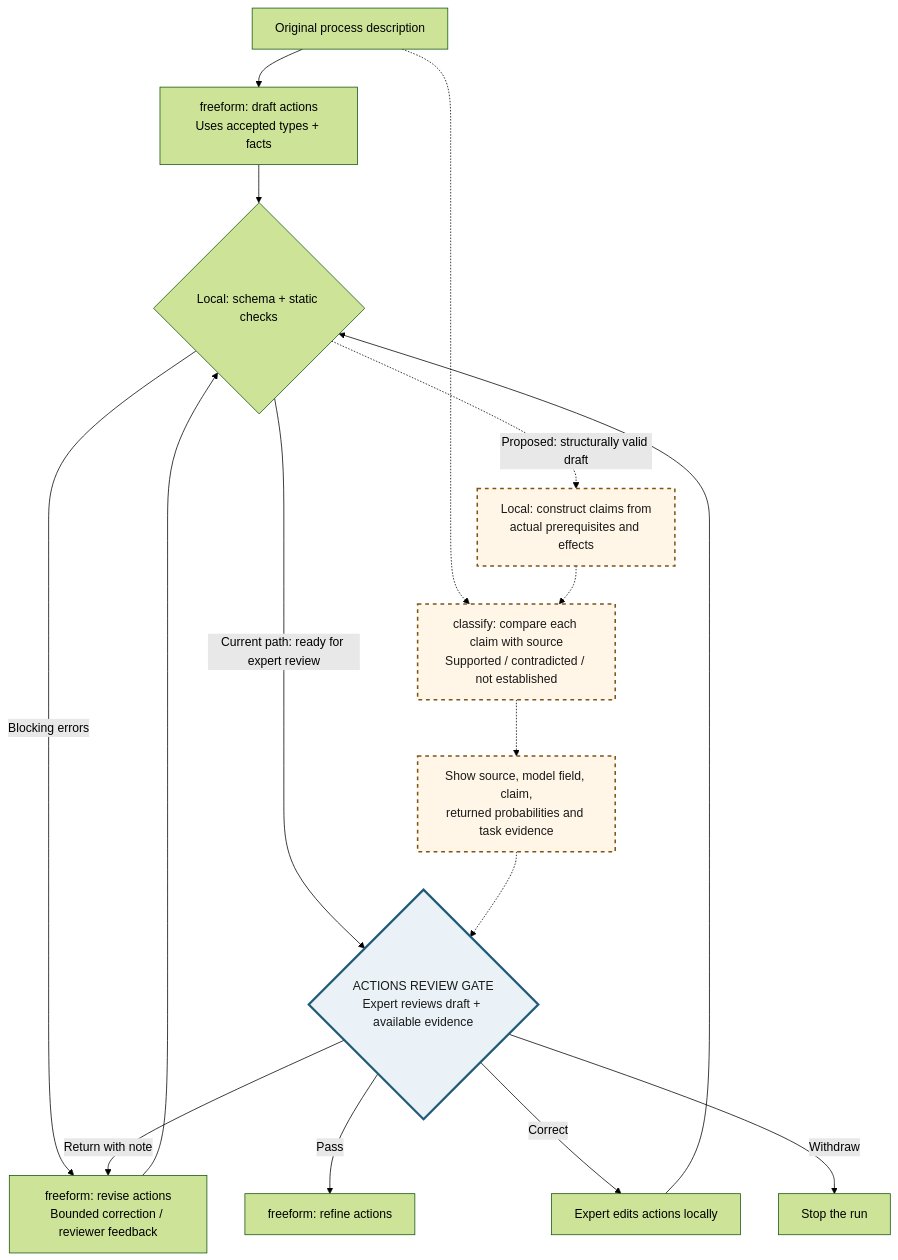
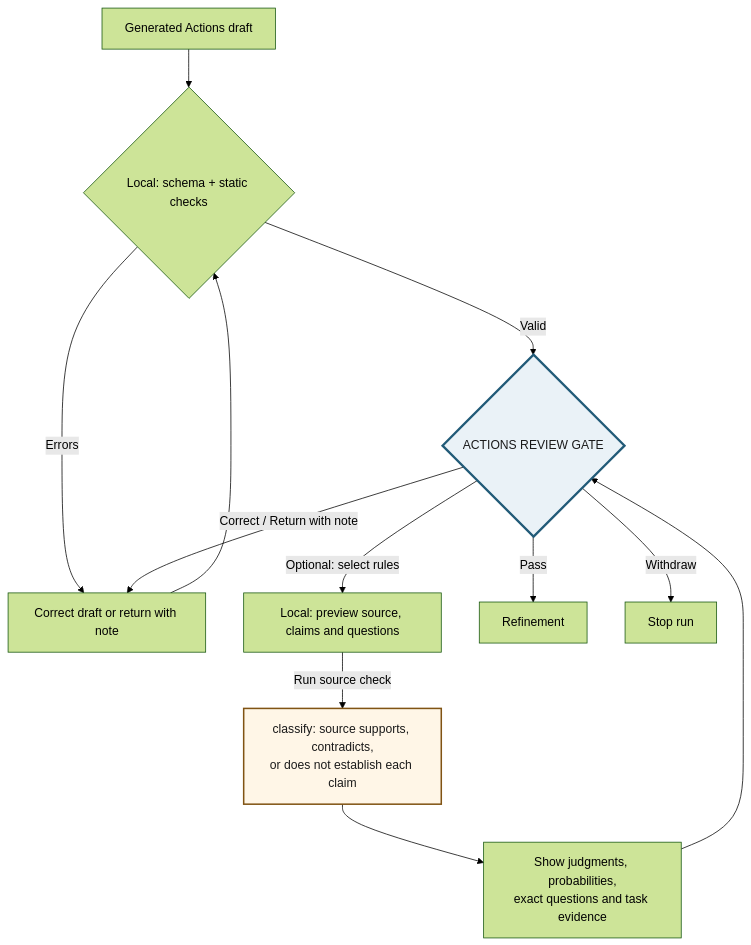
The second of 3 diagrams in README.md (getlarge/moltnet-pddl-designer), drawn with Mermaid (forest theme) before and after one commit. The commit also changed other lines of this file and 19 other files, not shown here.

First line of the commit message:
feat(ui): review action rules against the process description

````diff
--- a/README.md
+++ b/README.md
@@ -87,25 +89,18 @@
 ```mermaid
 flowchart TD
-    Source["Original process description"] --> Generate["freeform: draft actions<br/>Uses accepted types + facts"]
-    Generate --> Check{"Local: schema + static checks"}
-    Check -->|Blocking errors| CorrectTask["freeform: revise actions<br/>Bounded correction / reviewer feedback"]
-    CorrectTask --> Check
-    Check -->|Current path: ready for expert review| Gate{"ACTIONS REVIEW GATE<br/>Expert reviews draft + available evidence"}
-
-    Check -.->|Proposed: structurally valid draft| Claims["Local: construct claims from<br/>actual prerequisites and effects"]
-    Source -.-> Assess
-    Claims -.-> Assess["classify: compare each claim with source<br/>Supported / contradicted / not established"]
-    Assess -.-> Evidence["Show source, model field, claim,<br/>returned probabilities and task evidence"]
-    Evidence -.-> Gate
-
-    Gate -->|Pass| Refine["freeform: refine actions"]
-    Gate -->|Correct| Edit["Expert edits actions locally"]
-    Edit --> Check
-    Gate -->|Return with note| CorrectTask
-    Gate -->|Withdraw| Stop["Stop the run"]
-
+    Draft["Generated Actions draft"] --> Check{"Local: schema + static checks"}
+    Check -->|Errors| Correct["Correct draft or return with note"]
+    Correct --> Check
+    Check -->|Valid| Gate{"ACTIONS REVIEW GATE"}
+    Gate -->|Optional: select rules| Preview["Local: preview source, claims and questions"]
+    Preview -->|Run source check| Assess["classify: source supports, contradicts,<br/>or does not establish each claim"]
+    Assess --> Evidence["Show judgments, probabilities,<br/>exact questions and task evidence"]
+    Evidence --> Gate
+    Gate -->|Correct / Return with note| Correct
+    Gate -->|Pass| Refine["Refinement"]
+    Gate -->|Withdraw| Stop["Stop run"]
     classDef gate fill:#eaf2f7,stroke:#225b78,stroke-width:3px,color:#1a1a1a
-    classDef proposed fill:#fff6e7,stroke:#805313,stroke-width:2px,stroke-dasharray:5 5,color:#1a1a1a
+    classDef decision fill:#fff6e7,stroke:#805313,stroke-width:2px,color:#1a1a1a
     class Gate gate
-    class Claims,Assess,Evidence proposed
+    class Assess decision
 ```
````
